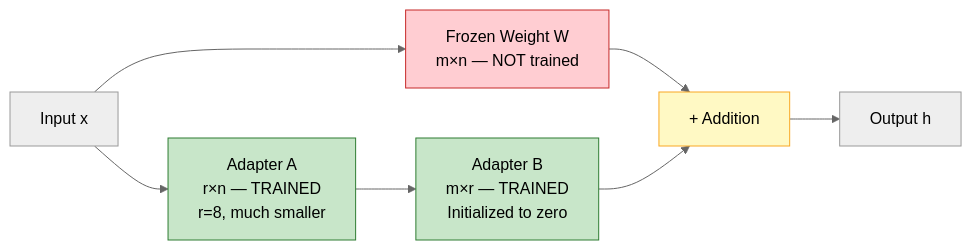
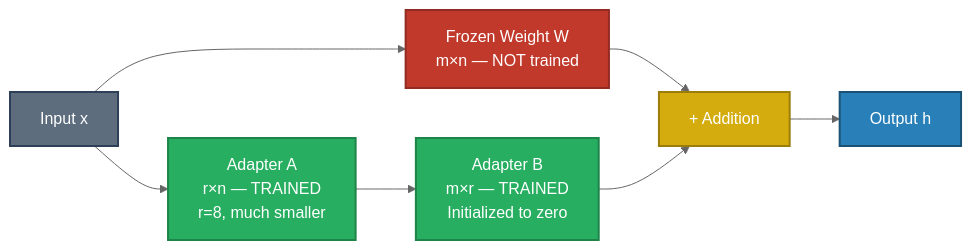
The eighth of 24 diagrams in docs/17-interview-questions/topic_deep_dive_rag.md (GyanendraChaubey/AI-Engineering-Notes), drawn with Mermaid (neutral theme) before and after one commit. The commit also changed other lines of this file and 74 other files, not shown here.

First line of the commit message:
refactor: split company_wise_interviews.md into 72 individual interview files + fix mermaid colors

````diff
--- a/docs/17-interview-questions/topic_deep_dive_rag.md
+++ b/docs/17-interview-questions/topic_deep_dive_rag.md
@@ -380,14 +428,16 @@
 ```mermaid
 graph LR
     X[Input x] --> W[Frozen Weight W\nm×n — NOT trained]
     X --> A[Adapter A\nr×n — TRAINED\nr=8, much smaller]
     A --> B[Adapter B\nm×r — TRAINED\nInitialized to zero]
     W --> ADD[+ Addition]
     B --> ADD
     ADD --> OUT[Output h]
 
-    style W fill:#ffcdd2,stroke:#c62828
-    style A fill:#c8e6c9,stroke:#2e7d32
-    style B fill:#c8e6c9,stroke:#2e7d32
-    style ADD fill:#fff9c4,stroke:#f9a825
+    style X fill:#5D6D7E,stroke:#2E4057,stroke-width:2px,color:#FFFFFF
+    style W fill:#C0392B,stroke:#922B21,stroke-width:2px,color:#FFFFFF
+    style A fill:#27AE60,stroke:#1E8449,stroke-width:2px,color:#FFFFFF
+    style B fill:#27AE60,stroke:#1E8449,stroke-width:2px,color:#FFFFFF
+    style ADD fill:#D4AC0D,stroke:#9A7D0A,stroke-width:2px,color:#FFFFFF
+    style OUT fill:#2980B9,stroke:#1A5276,stroke-width:2px,color:#FFFFFF
 ```
````
